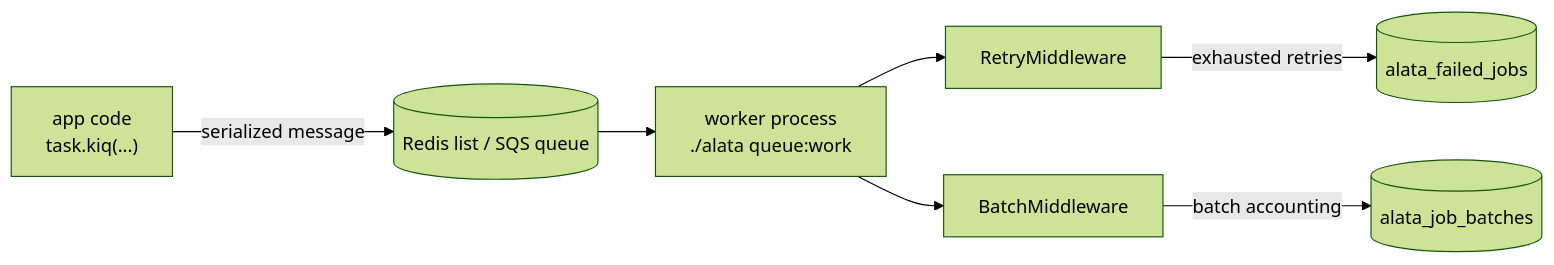
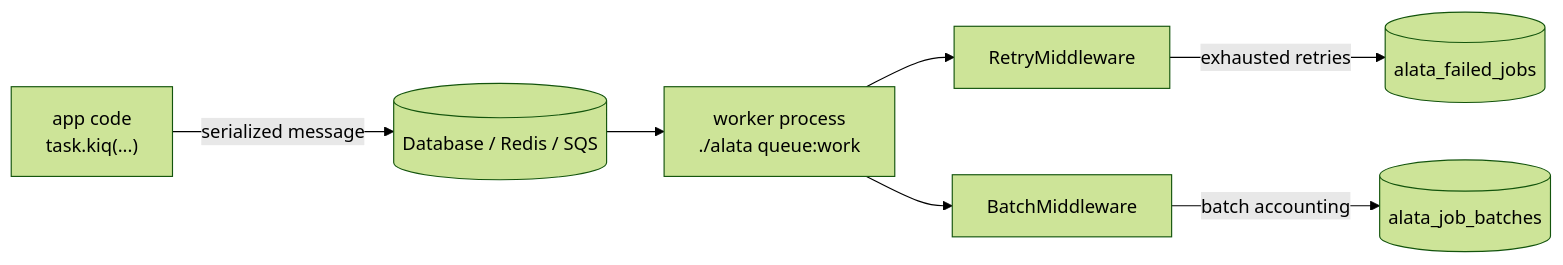
Before and after one commit to JoBinsJP/alata-doc: the diagram in content/docs/digging-deeper/queues.mdx, drawn with Mermaid (forest theme). The commit also changed other lines of this file and 38 other files, not shown here.

````diff
--- a/content/docs/digging-deeper/queues.mdx
+++ b/content/docs/digging-deeper/queues.mdx
@@ -23,9 +23,9 @@
 ```mermaid
 graph LR
-    A["app code<br/>task.kiq(...)"] -->|serialized message| B[("Redis list / SQS queue")]
+    A["app code<br/>task.kiq(...)"] -->|serialized message| B[("Database / Redis / SQS")]
     B --> C["worker process<br/>./alata queue:work"]
     C --> D["RetryMiddleware"]
     C --> E["BatchMiddleware"]
     D -->|exhausted retries| F[("alata_failed_jobs")]
     E -->|batch accounting| G[("alata_job_batches")]
 ```
````
